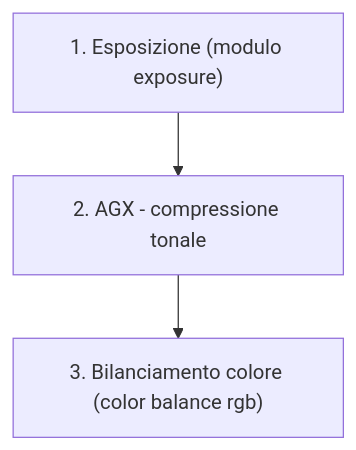
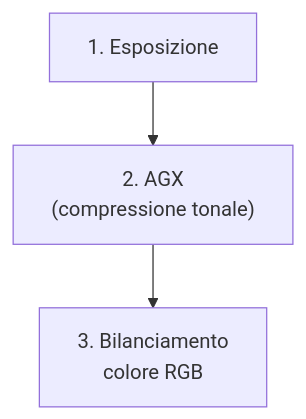
Before and after one commit to lorenzoperone/darktable-docs: the diagram in docs/modules/agx.md, drawn with Mermaid. The commit also changed 40 other files, not shown here.

First line of the commit message:
fix: reformatta diagrammi Mermaid — etichette brevi, break line, italiano

````diff
--- a/docs/modules/agx.md
+++ b/docs/modules/agx.md
@@ -21,4 +21,4 @@
 ```mermaid
 flowchart TD
-    A["1. Esposizione (modulo exposure)"] --> B["2. AGX - compressione tonale"] --> C["3. Bilanciamento colore (color balance rgb)"]
+    A["1. Esposizione"] --> B["2. AGX<br/>(compressione tonale)"] --> C["3. Bilanciamento<br/>colore RGB"]
 ```
````
